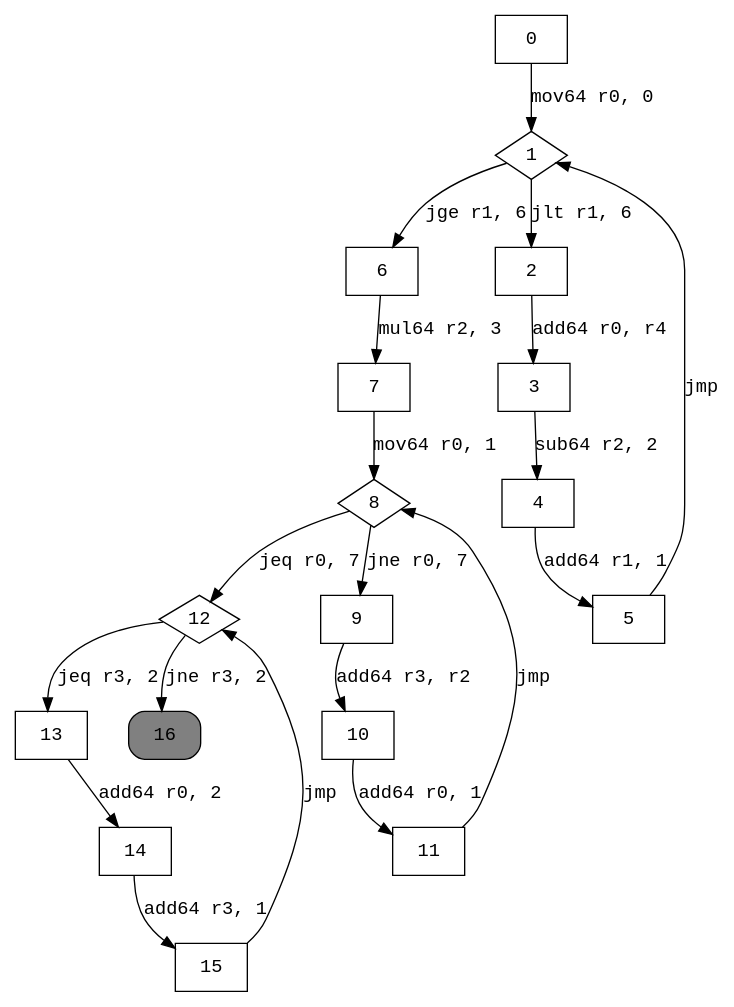
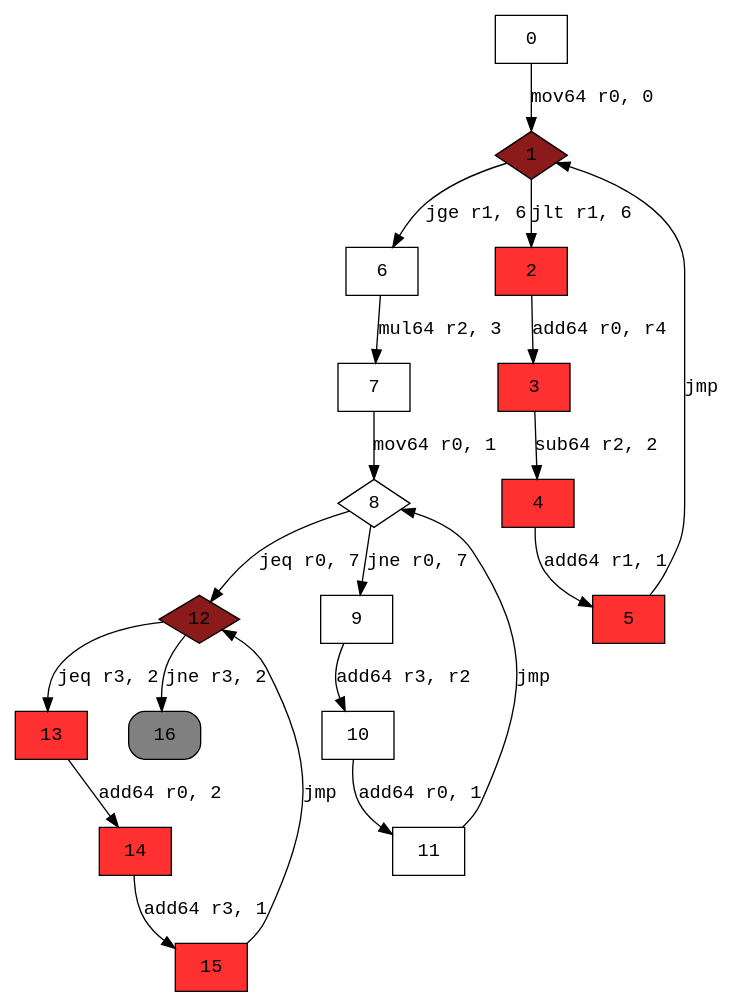
The diagram in graphs/seqWhiles.dot (XicoCorreia/InformationFlowAnalysisEbpf), drawn with Graphviz before and after one commit. The commit also changed 18 other files, not shown here.

```diff
--- a/graphs/seqWhiles.dot
+++ b/graphs/seqWhiles.dot
@@ -1,28 +1,35 @@
 digraph cfg { 
 node [fontname="monospace"];
 node [shape=box];
 edge [fontname="monospace"];
   0 -> 1 [label="mov64 r0, 0"];
   1 -> 6 [label="jge r1, 6"];
   1 -> 2 [label="jlt r1, 6"];
   2 -> 3 [label="add64 r0, r4"];
   3 -> 4 [label="sub64 r2, 2"];
   4 -> 5 [label="add64 r1, 1"];
   5 -> 1 [label="jmp"];
   6 -> 7 [label="mul64 r2, 3"];
   7 -> 8 [label="mov64 r0, 1"];
   8 -> 12 [label="jeq r0, 7"];
   8 -> 9 [label="jne r0, 7"];
   9 -> 10 [label="add64 r3, r2"];
   10 -> 11 [label="add64 r0, 1"];
   11 -> 8 [label="jmp"];
   12 -> 13 [label="jeq r3, 2"];
   12 -> 16 [label="jne r3, 2"];
   13 -> 14 [label="add64 r0, 2"];
   14 -> 15 [label="add64 r3, 1"];
   15 -> 12 [label="jmp"];
-1 [shape=diamond];
+1 [shape=diamond,style=filled,fillcolor=firebrick4];
+2 [style=filled,fillcolor=firebrick1];
+3 [style=filled,fillcolor=firebrick1];
+4 [style=filled,fillcolor=firebrick1];
+5 [style=filled,fillcolor=firebrick1];
 8 [shape=diamond];
-12 [shape=diamond];
+12 [shape=diamond,style=filled,fillcolor=firebrick4];
+13 [style=filled,fillcolor=firebrick1];
+14 [style=filled,fillcolor=firebrick1];
+15 [style=filled,fillcolor=firebrick1];
 16 [style="rounded,filled",fillcolor=grey];
 }
```
